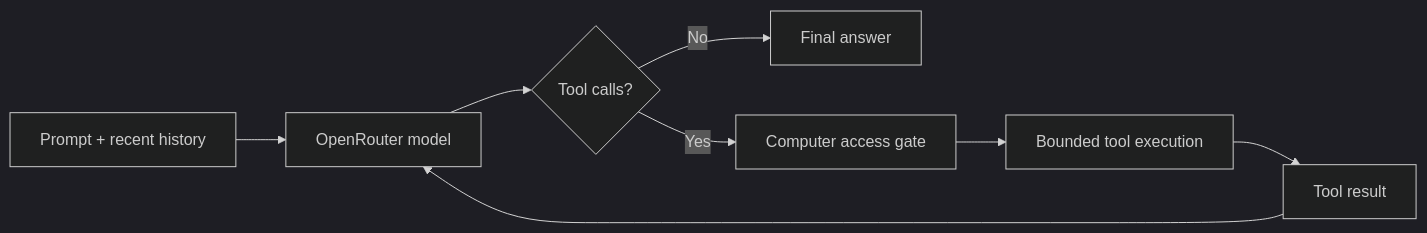
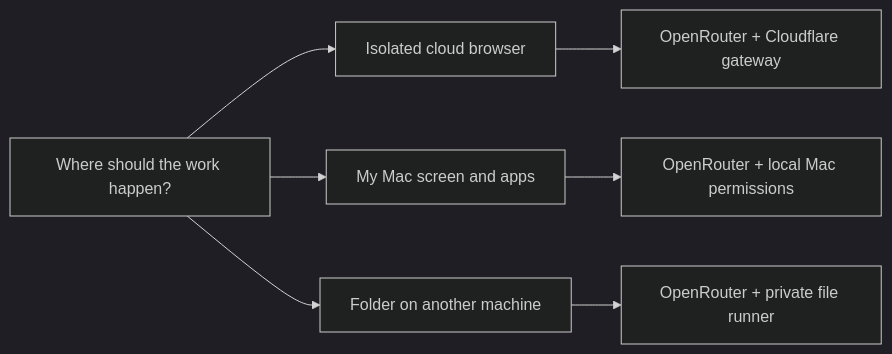
The diagram in README.md (earlyaidopters/grokky), drawn with Mermaid (dark theme) before and after one commit. The commit also changed other lines of this file and 26 other files, not shown here.

````diff
--- a/README.md
+++ b/README.md
@@ -383,10 +135,9 @@
 ```mermaid
 flowchart LR
-  Q[Prompt + recent history] --> M[OpenRouter model]
-  M --> D{Tool calls?}
-  D -->|No| F[Final answer]
-  D -->|Yes| G[Computer access gate]
-  G --> T[Bounded tool execution]
-  T --> R[Tool result]
-  R --> M
+  A[Where should the work happen?] --> B[Isolated cloud browser]
+  A --> C[My Mac screen and apps]
+  A --> D[Folder on another machine]
+  B --> E[OpenRouter + Cloudflare gateway]
+  C --> F[OpenRouter + local Mac permissions]
+  D --> G[OpenRouter + private file runner]
 ```
````
